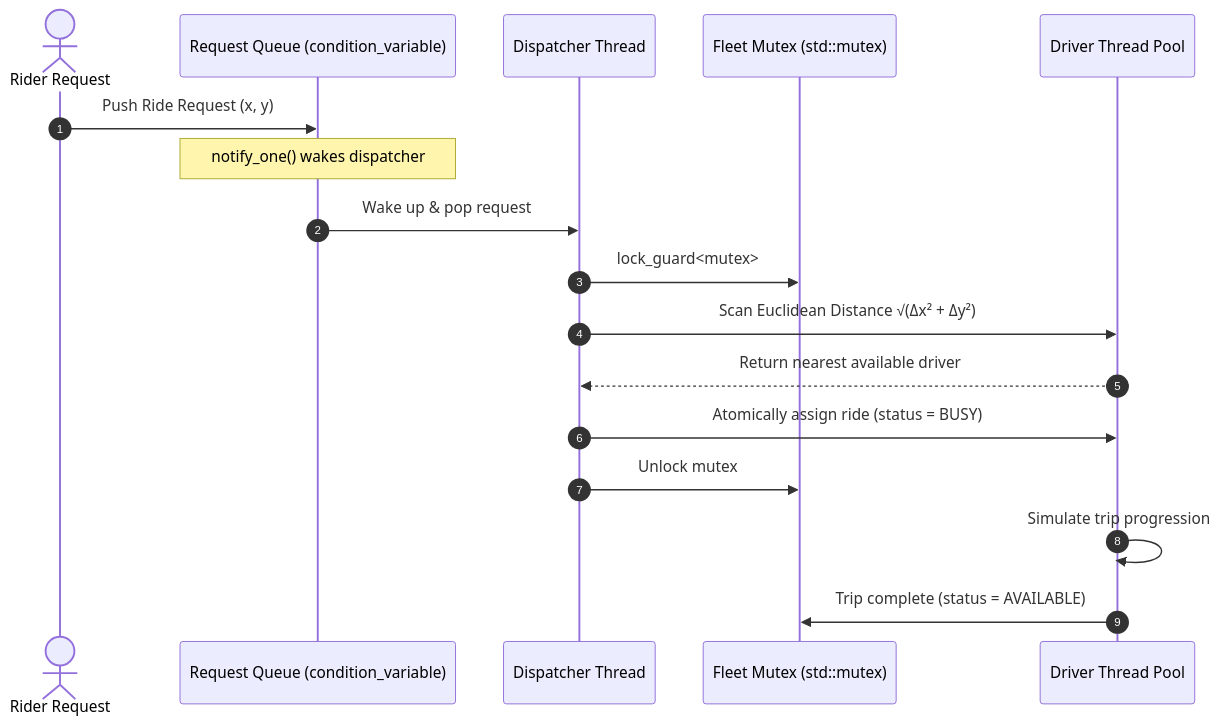
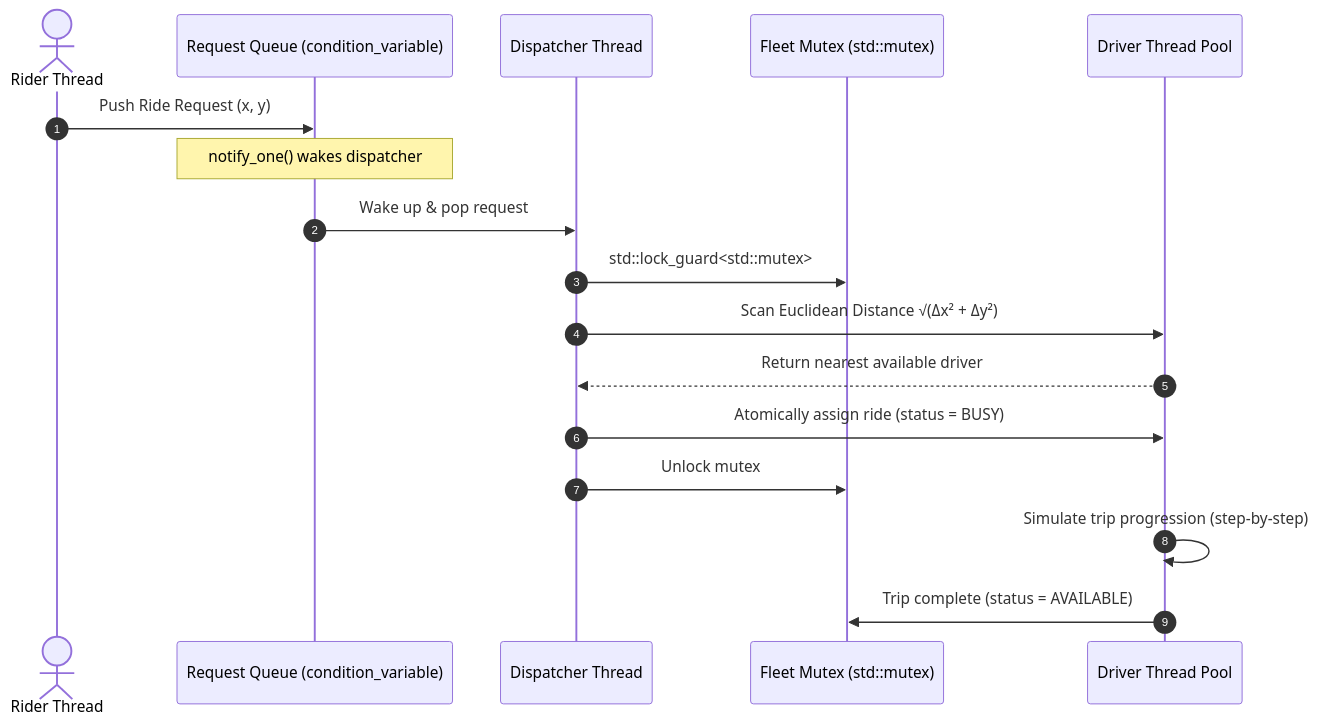
One commit to shubhamgupta407/RideSync-A-Real-Time-Multi-threaded-Ride-Dispatch-and-Surge-Pricing-Engine. changed the second of 3 diagrams in README.md. Above: the diagram before and after it, drawn with Mermaid. The commit also changed other lines of this file, not shown here.

Commit message:
docs: update README with live Render cloud URL, architecture blueprint links, interactive fleet controls, and Docker build instructions

````diff
--- a/README.md
+++ b/README.md
@@ -40,20 +49,20 @@
 ```mermaid
 sequenceDiagram
     autonumber
-    actor Rider as Rider Request
+    actor Rider as Rider Thread
     participant Queue as Request Queue (condition_variable)
     participant Dispatcher as Dispatcher Thread
     participant Mutex as Fleet Mutex (std::mutex)
     participant Driver as Driver Thread Pool
 
     Rider->>Queue: Push Ride Request (x, y)
     Note over Queue: notify_one() wakes dispatcher
     Queue->>Dispatcher: Wake up & pop request
-    Dispatcher->>Mutex: lock_guard<mutex>
+    Dispatcher->>Mutex: std::lock_guard<std::mutex>
     Dispatcher->>Driver: Scan Euclidean Distance √(Δx² + Δy²)
     Driver-->>Dispatcher: Return nearest available driver
     Dispatcher->>Driver: Atomically assign ride (status = BUSY)
     Dispatcher->>Mutex: Unlock mutex
-    Driver->>Driver: Simulate trip progression
+    Driver->>Driver: Simulate trip progression (step-by-step)
     Driver->>Mutex: Trip complete (status = AVAILABLE)
 ```
````
